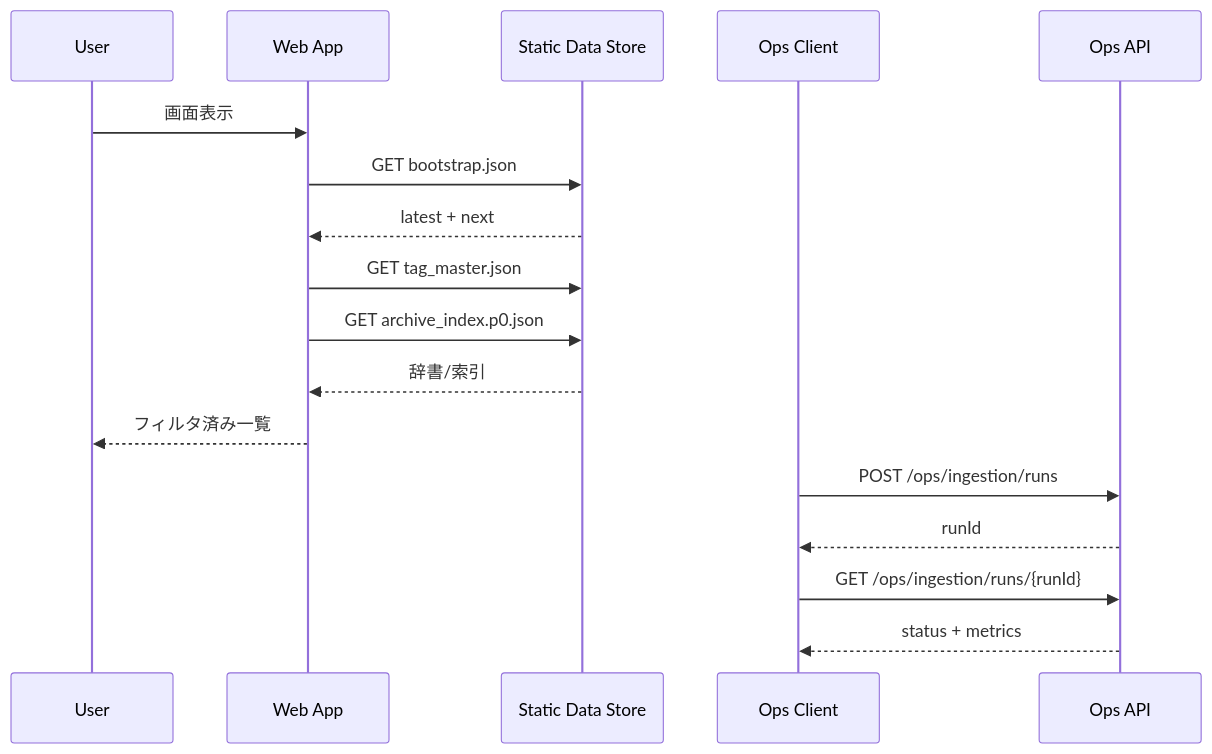
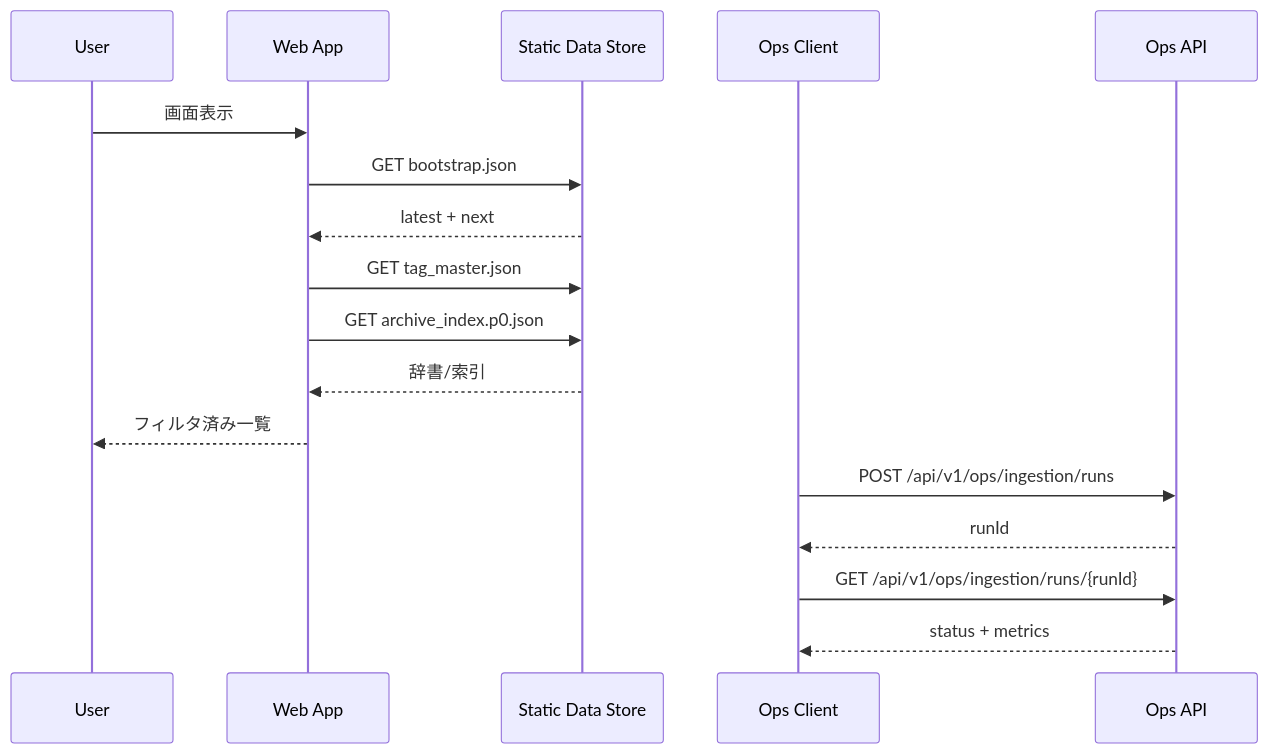
Before and after one commit to tsuji-tomonori/diopside-v3: the diagram in docs/3.詳細設計(DD)/31.API/DD-API-001.md, drawn with Mermaid. The commit also changed other lines of this file and 30 other files, not shown here.

````diff
--- a/docs/3.詳細設計(DD)/31.API/DD-API-001.md
+++ b/docs/3.詳細設計(DD)/31.API/DD-API-001.md
@@ -79,21 +106,21 @@
 ```mermaid
 sequenceDiagram
   participant U as User
   participant W as Web App
   participant D as Static Data Store
   participant O as Ops Client
   participant A as Ops API
 
   U->>W: 画面表示
   W->>D: GET bootstrap.json
   D-->>W: latest + next
   W->>D: GET tag_master.json
   W->>D: GET archive_index.p0.json
   D-->>W: 辞書/索引
   W-->>U: フィルタ済み一覧
 
-  O->>A: POST /ops/ingestion/runs
+  O->>A: POST /api/v1/ops/ingestion/runs
   A-->>O: runId
-  O->>A: GET /ops/ingestion/runs/{runId}
+  O->>A: GET /api/v1/ops/ingestion/runs/{runId}
   A-->>O: status + metrics
 ```
````
